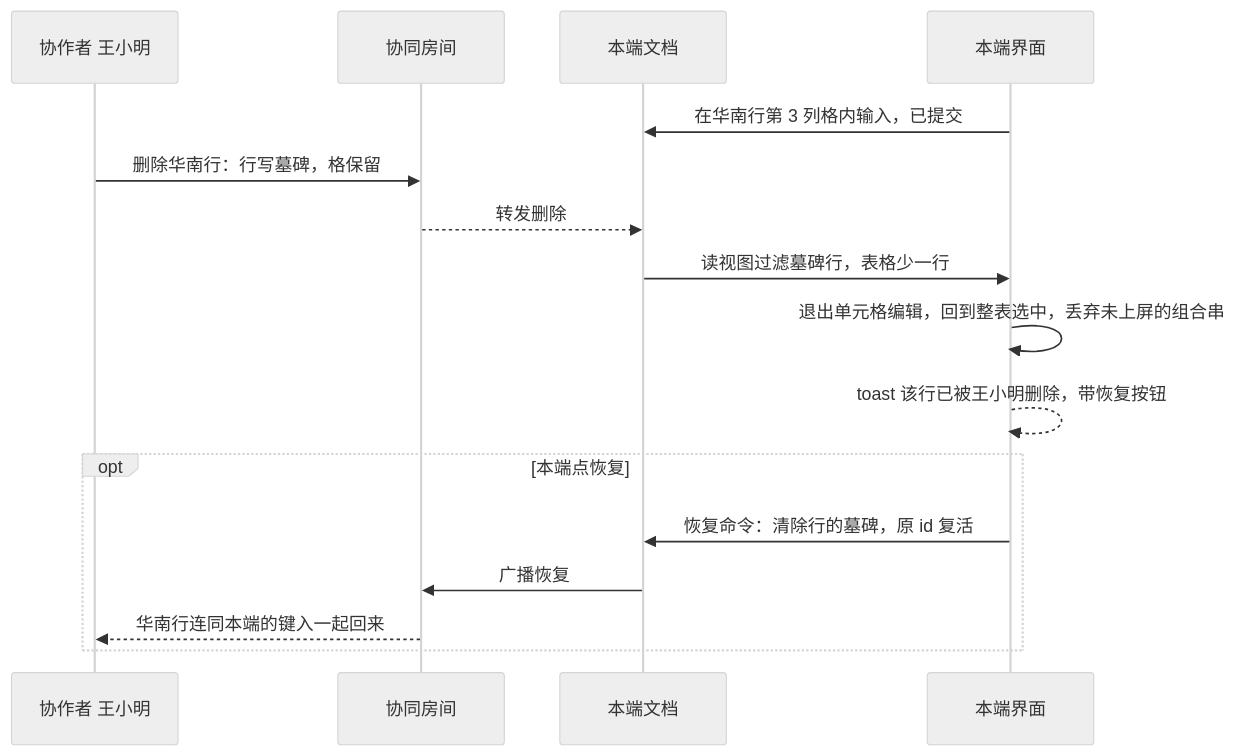
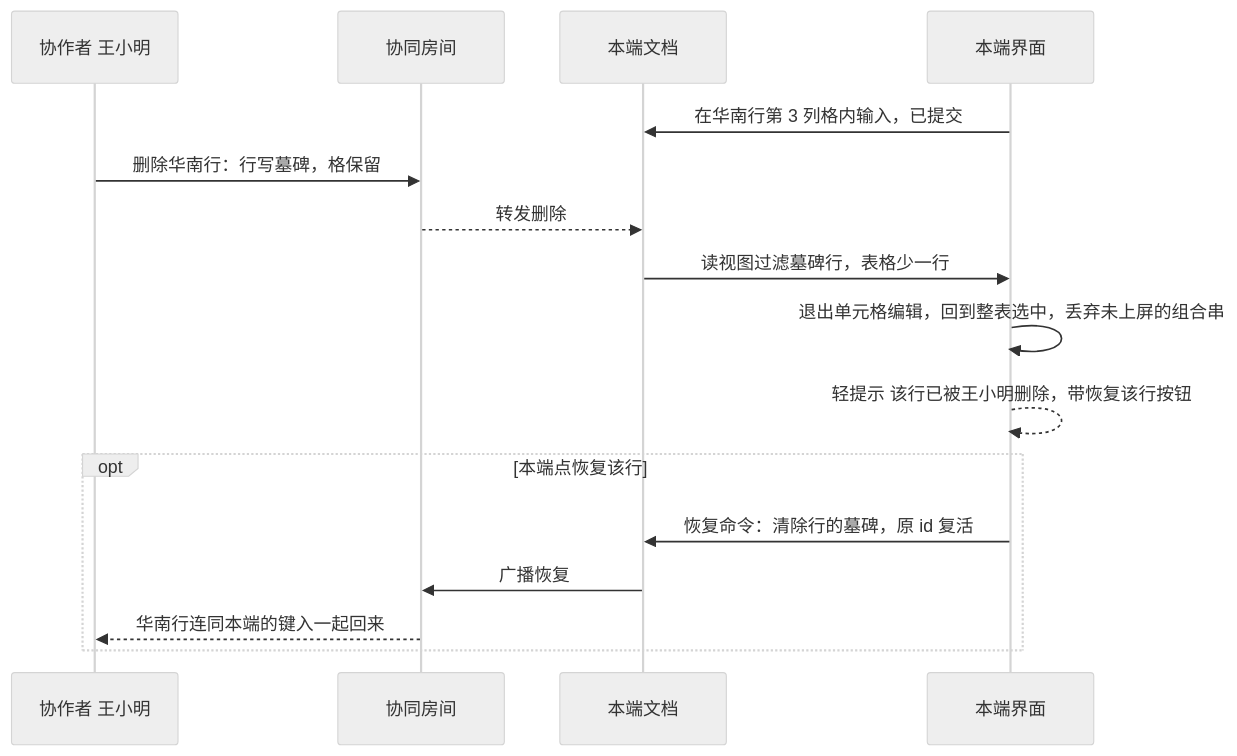
Before and after one commit to Xeonice/cordis-ppt-editor: the ninth of 9 diagrams in docs/20-design/03-screens/30-table-editing.md, drawn with Mermaid (neutral theme). The commit also changed other lines of this file and 44 other files, not shown here.

````diff
--- a/docs/20-design/03-screens/30-table-editing.md
+++ b/docs/20-design/03-screens/30-table-editing.md
@@ -659,18 +806,18 @@
 ```mermaid
 sequenceDiagram
   participant a as 协作者 王小明
   participant room as 协同房间
   participant b as 本端文档
   participant ui as 本端界面
   ui->>b: 在华南行第 3 列格内输入，已提交
   a->>room: 删除华南行：行写墓碑，格保留
   room-->>b: 转发删除
   b->>ui: 读视图过滤墓碑行，表格少一行
   ui->>ui: 退出单元格编辑，回到整表选中，丢弃未上屏的组合串
-  ui-->>ui: toast 该行已被王小明删除，带恢复按钮
-  opt 本端点恢复
+  ui-->>ui: 轻提示 该行已被王小明删除，带恢复该行按钮
+  opt 本端点恢复该行
     ui->>b: 恢复命令：清除行的墓碑，原 id 复活
     b->>room: 广播恢复
     room-->>a: 华南行连同本端的键入一起回来
   end
 ```
````
